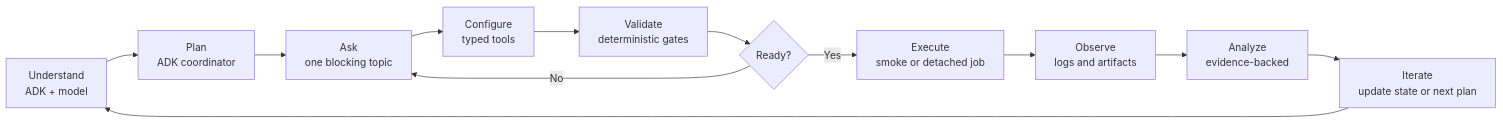
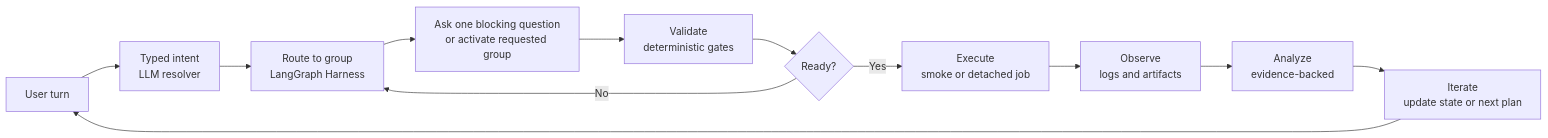
Before and after one commit to StayHungryStayFoolish/AnyChainBenchmarkAgent: the second of 3 diagrams in docs/zh/adk-agent-architecture.md, drawn with Mermaid. The commit also changed other lines of this file and 96 other files, not shown here.

````diff
--- a/docs/zh/adk-agent-architecture.md
+++ b/docs/zh/adk-agent-architecture.md
@@ -54,14 +41,14 @@
 ```mermaid
 flowchart LR
-  A["Understand<br/>ADK + model"] --> B["Plan<br/>ADK coordinator"]
-  B --> C["Ask<br/>one blocking topic"]
-  C --> D["Configure<br/>typed tools"]
+  A["User turn"] --> B["Typed intent<br/>LLM resolver"]
+  B --> C["Route to group<br/>LangGraph Harness"]
+  C --> D["Ask one blocking question<br/>or activate requested group"]
   D --> E["Validate<br/>deterministic gates"]
   E --> F{"Ready?"}
   F -- "No" --> C
   F -- "Yes" --> G["Execute<br/>smoke or detached job"]
   G --> H["Observe<br/>logs and artifacts"]
   H --> I["Analyze<br/>evidence-backed"]
   I --> J["Iterate<br/>update state or next plan"]
   J --> A
 ```
````
